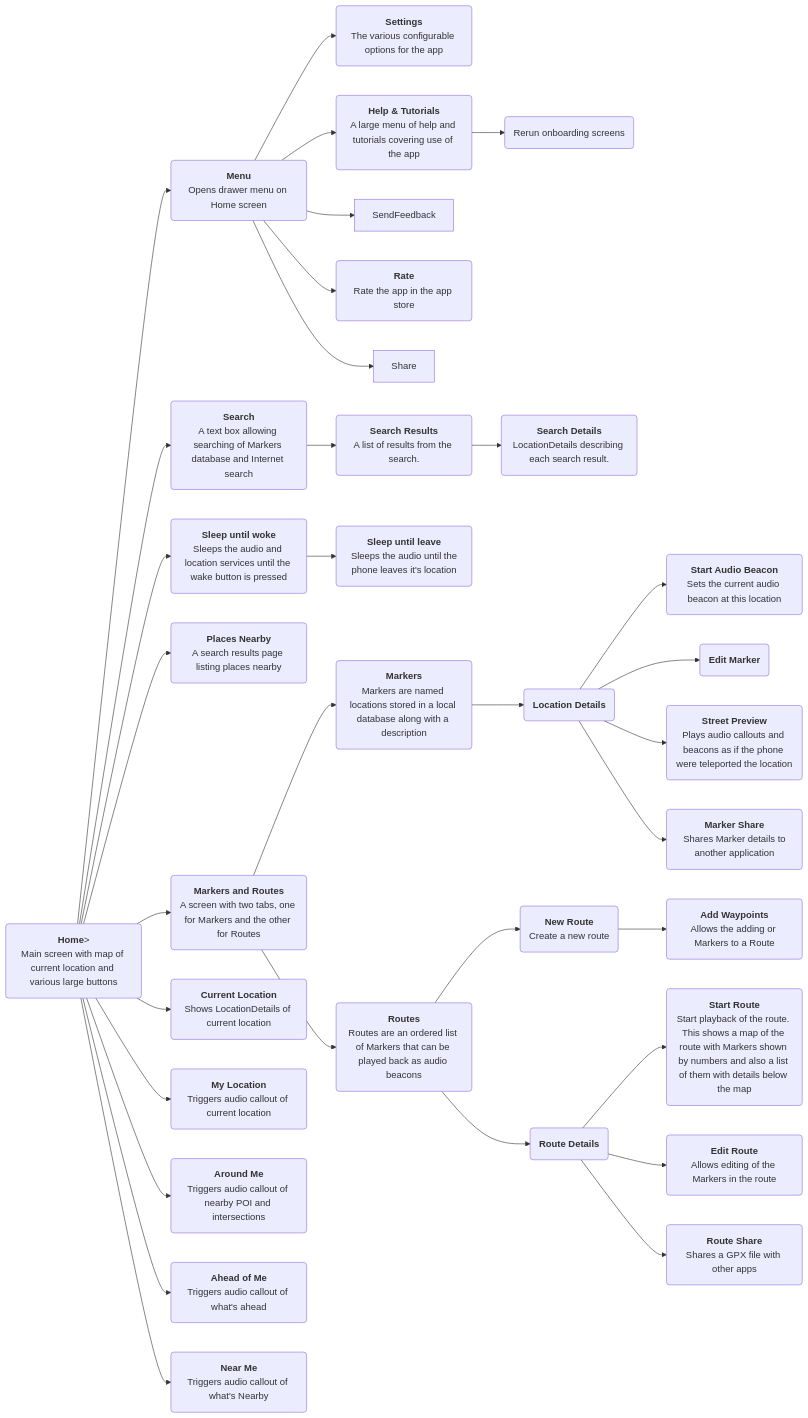
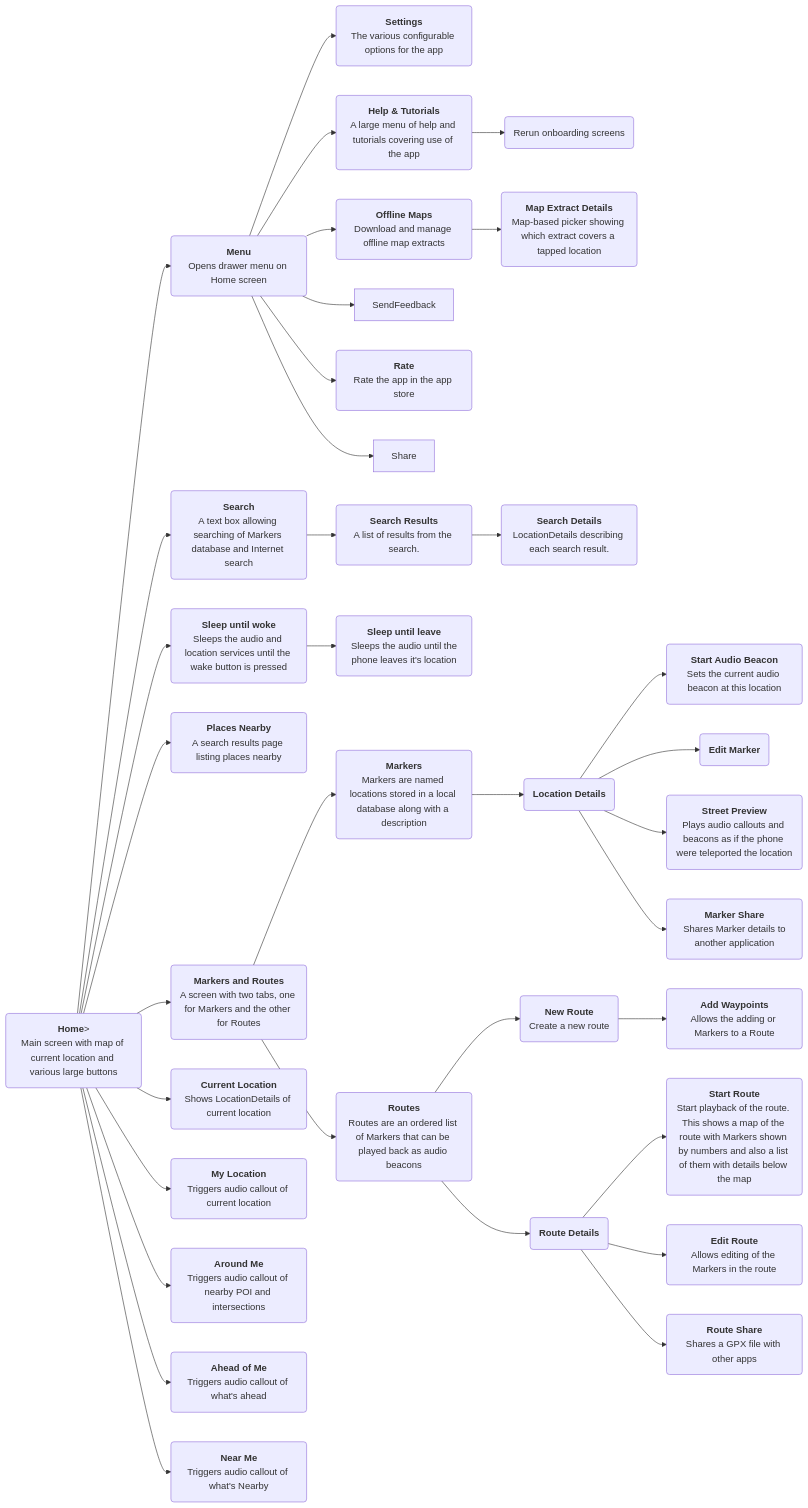
Before and after one commit to Scottish-Tech-Army/Soundscape-Android: the diagram in docs/developers/architecture.md, drawn with Mermaid. The commit also changed other lines of this file and 6 other files, not shown here.

````diff
--- a/docs/developers/architecture.md
+++ b/docs/developers/architecture.md
@@ -31,35 +41,37 @@
 ```mermaid
 flowchart LR
     Home(<b>Home</b>><br>Main screen with map of current location and various large buttons) --> Menu(<b>Menu</b><br>Opens drawer menu on Home screen)
     Menu --> Settings(<b>Settings</b><br>The various configurable options for the app)
     Menu --> HelpAndTutorials(<b>Help & Tutorials</b><br>A large menu of help and tutorials covering use of the app)
+    Menu --> OfflineMaps(<b>Offline Maps</b><br>Download and manage offline map extracts)
+    OfflineMaps --> OfflineMapExtractDetails(<b>Map Extract Details</b><br>Map-based picker showing which extract covers a tapped location)
     Menu --> SendFeedback
     Menu --> Rate(<b>Rate</b><br>Rate the app in the app store)
     Menu --> Share
     Home --> Search(<b>Search</b><br>A text box allowing searching of Markers database and Internet search)
     Home --> SleepUntilWoke(<b>Sleep until woke</b><br>Sleeps the audio and location services until the wake button is pressed)
     SleepUntilWoke --> SleepUntilLeave(<b>Sleep until leave</b><br> Sleeps the audio until the phone leaves it's location)
     Search --> SearchResults(<b>Search Results</b><br>A list of results from the search.)
     SearchResults --> SearchDetails(<b>Search Details</b><br>LocationDetails describing each search result.)
     Home --> PlacesNearby(<b>Places Nearby</b><br>A search results page listing places nearby)
     Home --> MarkersAndRoutesScreen(<b>Markers and Routes</b><br>A screen with two tabs, one for Markers and the other for Routes)
     Home --> CurrentLocation(<b>Current Location</b><br>Shows LocationDetails of current location)
     Home --> MyLocation(<b>My Location</b><br>Triggers audio callout of current location)
     Home --> AroundMe(<b>Around Me</b><br>Triggers audio callout of nearby POI and intersections)
     Home --> AheadOfMe(<b>Ahead of Me</b><br>Triggers audio callout of what's ahead)
     Home --> NearMe(<b>Near Me</b><br>Triggers audio callout of what's Nearby)
     MarkersAndRoutesScreen --> MarkersScreen(<b>Markers</b><br>Markers are named locations stored in a local database along with a description)
     MarkersAndRoutesScreen --> RoutesScreen(<b>Routes</b><br>Routes are an ordered list of Markers that can be played back as audio beacons)
     MarkersScreen --> LocationDetails(<b>Location Details</b>)
     RoutesScreen --> NewRoute(<b>New Route</b><br>Create a new route)
     RoutesScreen --> RouteDetails(<b>Route Details</b>)
     RouteDetails --> StartRoute(<b>Start Route</b><br>Start playback of the route. This shows a map of the route with Markers shown by numbers and also a list of them with details below the map)
     RouteDetails --> EditRoute(<b>Edit Route</b><br>Allows editing of the Markers in the route)
     RouteDetails --> RouteShare(<b>Route Share</b><br>Shares a GPX file with other apps)
     NewRoute --> AddWaypoints(<b>Add Waypoints</b><br>Allows the adding or Markers to a Route)
     LocationDetails --> StartAudioBeacon(<b>Start Audio Beacon</b><br>Sets the current audio beacon at this location)
     LocationDetails --> EditMarker(<b>Edit Marker</b>)
     LocationDetails --> StreetPreview(<b>Street Preview</b><br>Plays audio callouts and beacons as if the phone were teleported the location)
     LocationDetails --> ShareMarker(<b>Marker Share</b><br> Shares Marker details to another application)
     HelpAndTutorials --> RerunOnboarding(Rerun onboarding screens)
 ```
````
